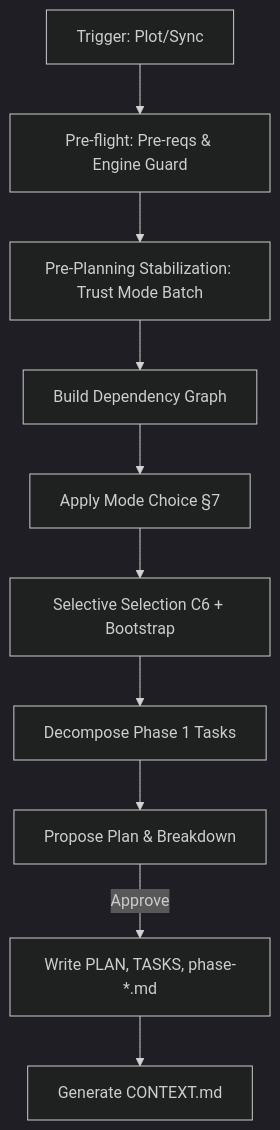
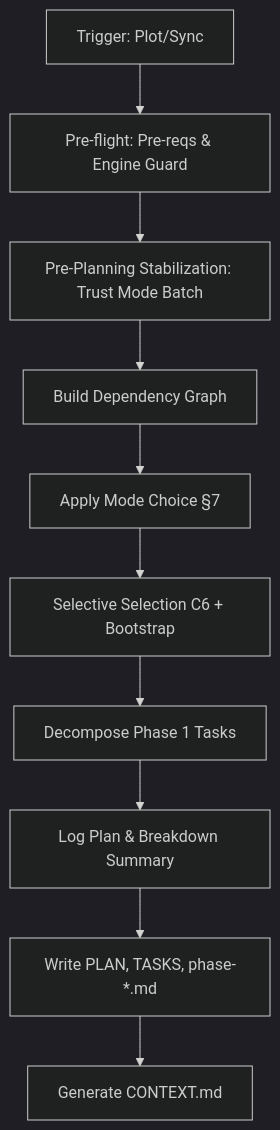
Before and after one commit to teratron/magic-spec: the diagram in .magic/task.md, drawn with Mermaid (dark theme). The commit also changed other lines of this file and 32 other files, not shown here.

Commit message:
feat: initialize magic-spec engine architecture with core specifications, workflow definitions, and project governance documentation

````diff
--- a/.magic/task.md
+++ b/.magic/task.md
@@ -46,12 +46,12 @@
 ```mermaid
 graph TD
     A[Trigger: Plot/Sync] --> B[Pre-flight: Pre-reqs & Engine Guard]
     B --> S[Pre-Planning Stabilization: Trust Mode Batch]
     S --> C[Build Dependency Graph]
     C --> D[Apply Mode Choice §7]
     D --> E[Selective Selection C6 + Bootstrap]
     E --> F[Decompose Phase 1 Tasks]
-    F --> G[Propose Plan & Breakdown]
-    G -->|Approve| H[Write PLAN, TASKS, phase-*.md]
+    F --> G[Log Plan & Breakdown Summary]
+    G --> H[Write PLAN, TASKS, phase-*.md]
     H --> I[Generate CONTEXT.md]
 ```
````
